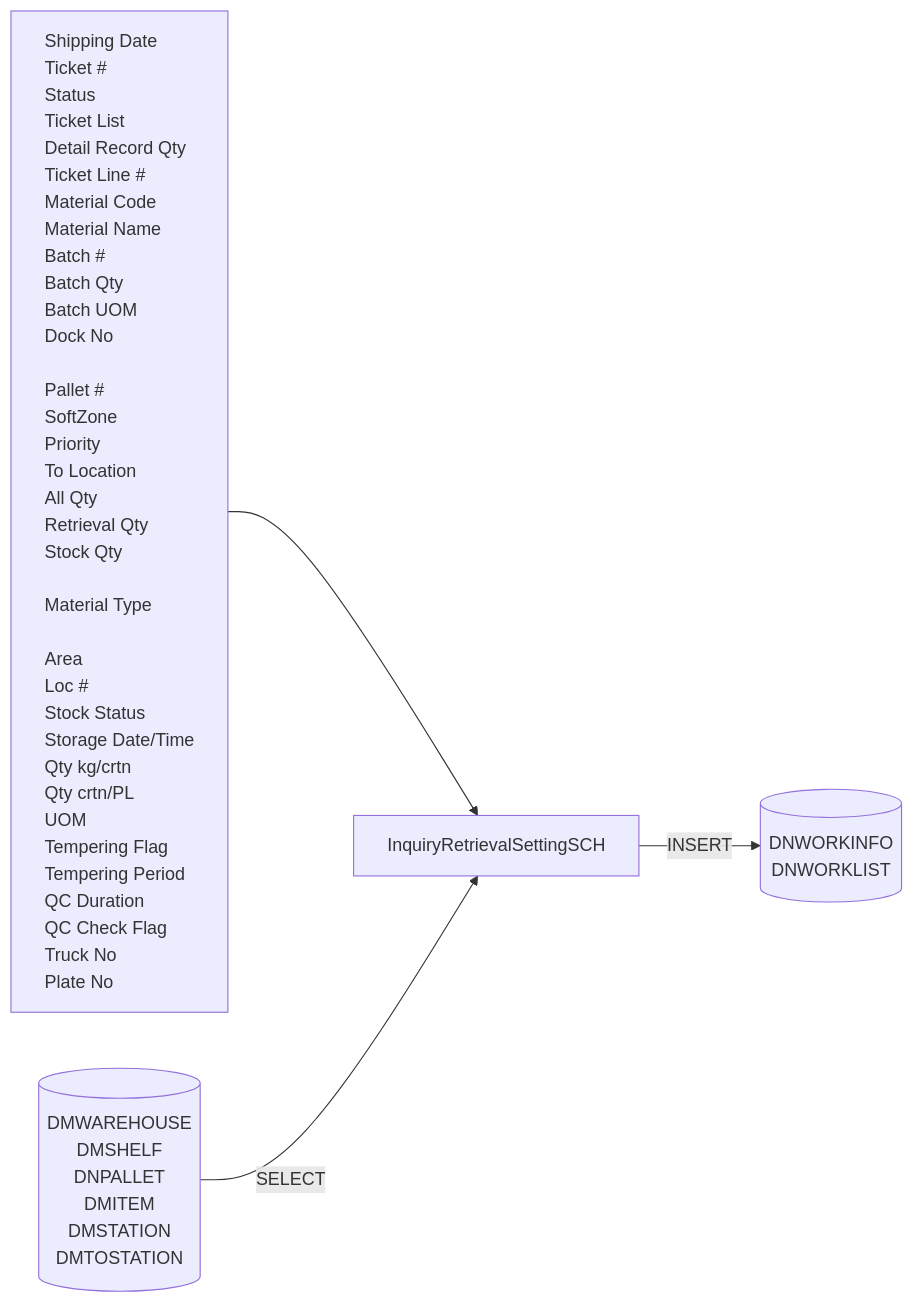
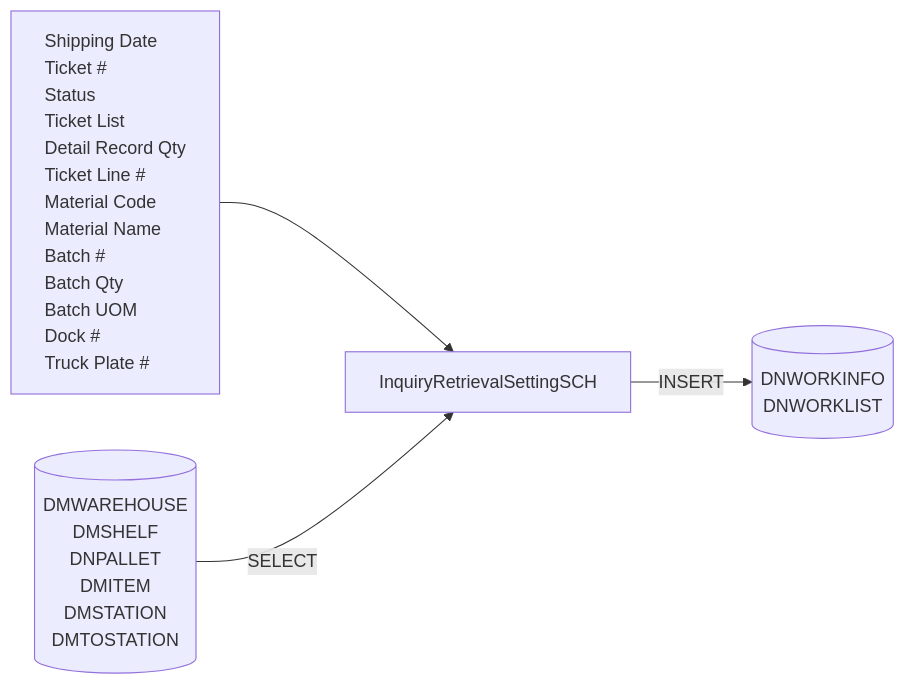
Before and after one commit to luthfiadityaa/SimeDarby-Wiki: the third of 11 diagrams in Basic-Design/DFD-WMS/Retrieval/Planned-Retrieval-to-HP-Area.md, drawn with Mermaid.

Commit message:
Updated Planned Retrieval to HP Area

```diff
--- a/Basic-Design/DFD-WMS/Retrieval/Planned-Retrieval-to-HP-Area.md
+++ b/Basic-Design/DFD-WMS/Retrieval/Planned-Retrieval-to-HP-Area.md
@@ -111,63 +111,39 @@
 ::: mermaid
 flowchart LR
     input[
         Shipping Date
         Ticket #
         Status
         Ticket List
         Detail Record Qty
         Ticket Line #
         Material Code
         Material Name
         Batch #
         Batch Qty
         Batch UOM
-        Dock No
-
-        Pallet #
-        SoftZone
-        Priority
-        To Location
-        All Qty
-        Retrieval Qty
-        Stock Qty
-        
-        Material Type
-        
-        Area
-        Loc #
-        Stock Status
-        Storage Date/Time
-        Qty kg/crtn
-        Qty crtn/PL
-        UOM
-        Tempering Flag
-        Tempering Period
-        QC Duration
-        QC Check Flag
-        Truck No
-        Plate No
-    ]
+        Dock #
+        Truck Plate #    ]
 
     tableList-insert[("
         DNWORKINFO
         DNWORKLIST
     ")]
 
      tableList-select[("
         DMWAREHOUSE
         DMSHELF
         DNPALLET
         DMITEM
         DMSTATION
         DMTOSTATION
     ")]
 
     className[InquiryRetrievalSettingSCH]
 
     input --> className --> |INSERT| tableList-insert
     tableList-select --> |SELECT| className
 
     classDef leftAlign text-align:left;
     class input leftAlign;
 :::
```
